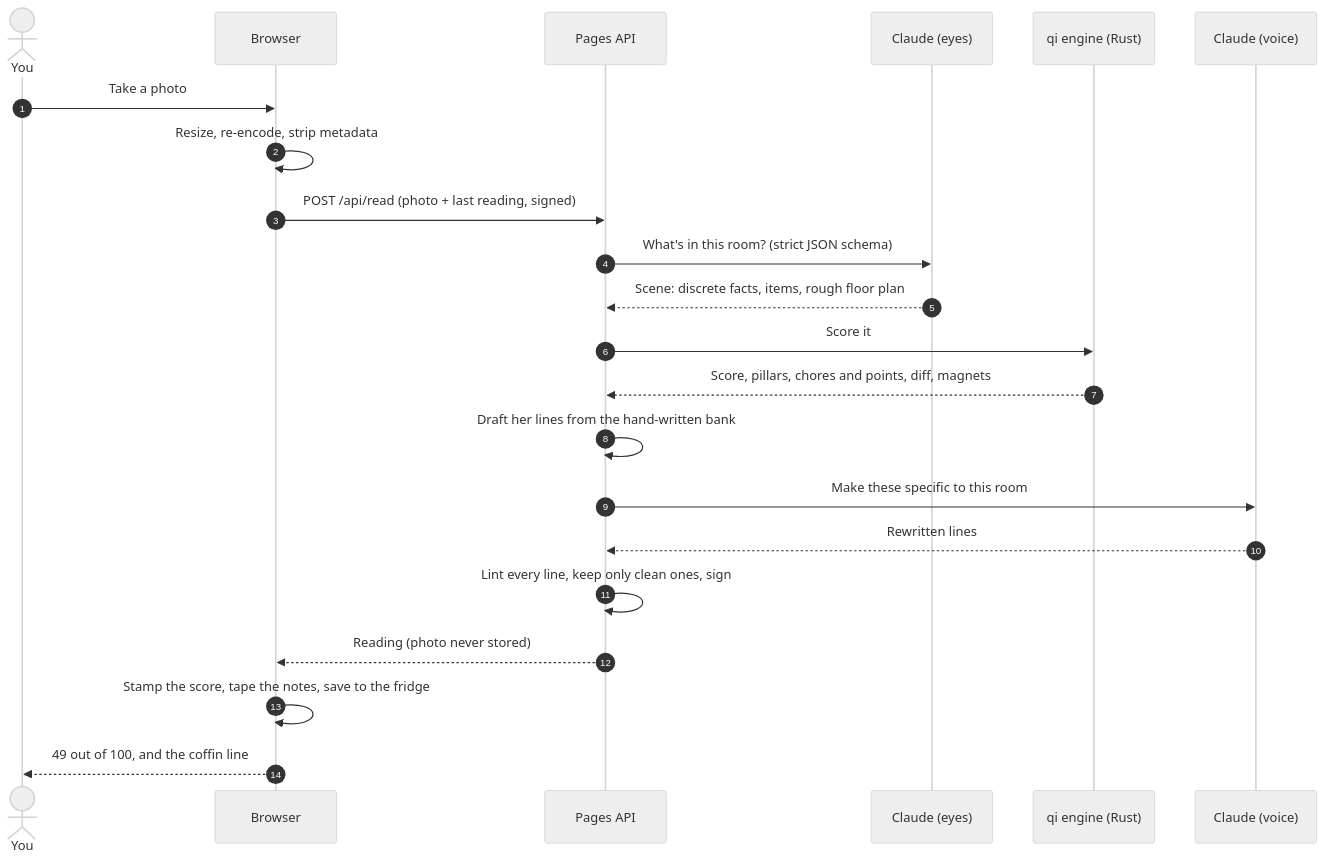
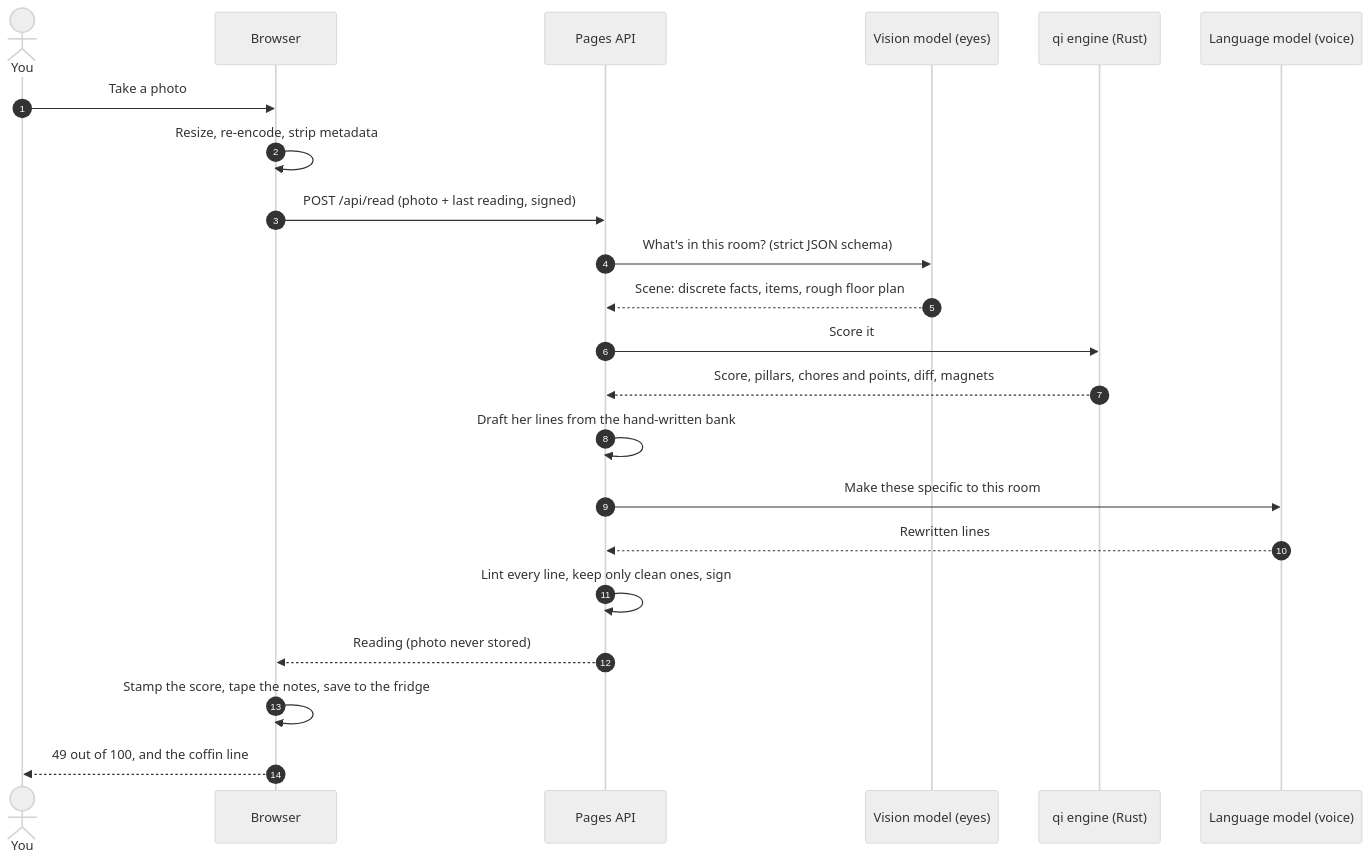
One commit to KarthikSubramanian07/Grandma-Wei changed the second of 3 diagrams in README.md. Above: the diagram before and after it, drawn with Mermaid. The commit also changed other lines of this file and 2 other files, not shown here.

````diff
--- a/README.md
+++ b/README.md
@@ -87,26 +87,26 @@
 ```mermaid
 %%{init: {'theme': 'neutral'}}%%
 sequenceDiagram
   autonumber
   actor You
   participant B as Browser
   participant S as Pages API
-  participant E as Claude (eyes)
+  participant E as Vision model (eyes)
   participant Q as qi engine (Rust)
-  participant V as Claude (voice)
+  participant V as Language model (voice)
 
   You->>B: Take a photo
   B->>B: Resize, re-encode, strip metadata
   B->>S: POST /api/read (photo + last reading, signed)
   S->>E: What's in this room? (strict JSON schema)
   E-->>S: Scene: discrete facts, items, rough floor plan
   S->>Q: Score it
   Q-->>S: Score, pillars, chores and points, diff, magnets
   S->>S: Draft her lines from the hand-written bank
   S->>V: Make these specific to this room
   V-->>S: Rewritten lines
   S->>S: Lint every line, keep only clean ones, sign
   S-->>B: Reading (photo never stored)
   B->>B: Stamp the score, tape the notes, save to the fridge
   B-->>You: 49 out of 100, and the coffin line
 ```
````
